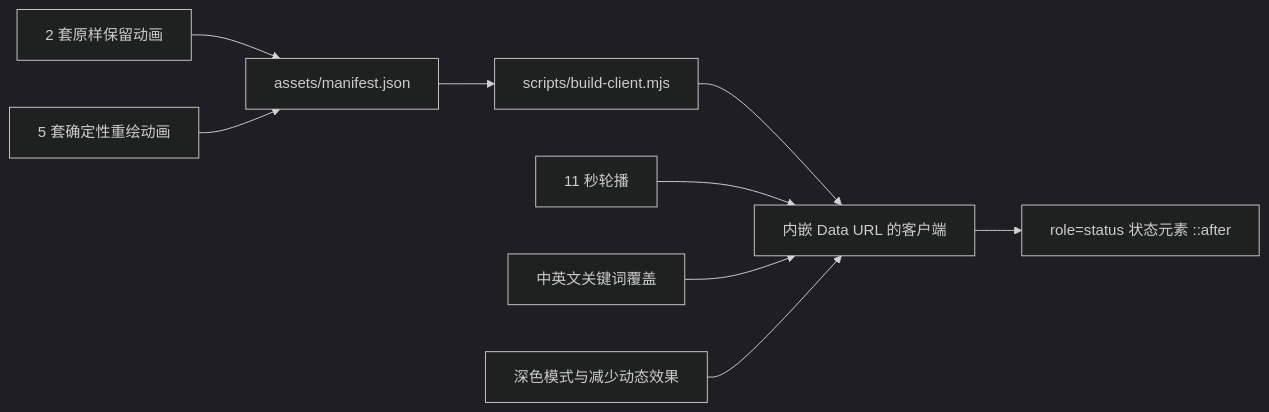
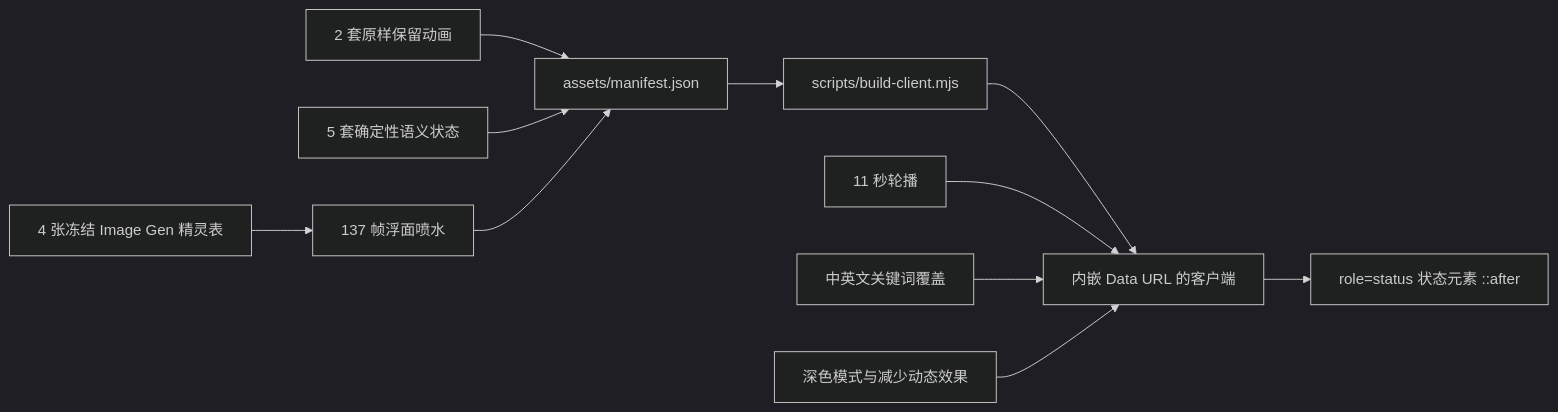
One commit to LeemanCheung/dsh-whale-animation changed the diagram in README.zh-CN.md. Above: the diagram before and after it, drawn with Mermaid (dark theme). The commit also changed other lines of this file and 36 other files, not shown here.

Commit message:
feat: integrate ImageGen whale spout state

````diff
--- a/README.zh-CN.md
+++ b/README.zh-CN.md
@@ -137,11 +141,13 @@
 ```mermaid
 flowchart LR
   A[2 套原样保留动画] --> C[assets/manifest.json]
-  B[5 套确定性重绘动画] --> C
+  B[5 套确定性语义状态] --> C
+  J[4 张冻结 Image Gen 精灵表] --> K[137 帧浮面喷水]
+  K --> C
   C --> D[scripts/build-client.mjs]
   D --> E[内嵌 Data URL 的客户端]
   E --> F[role=status 状态元素 ::after]
   G[11 秒轮播] --> E
   H[中英文关键词覆盖] --> E
   I[深色模式与减少动态效果] --> E
 ```
````
